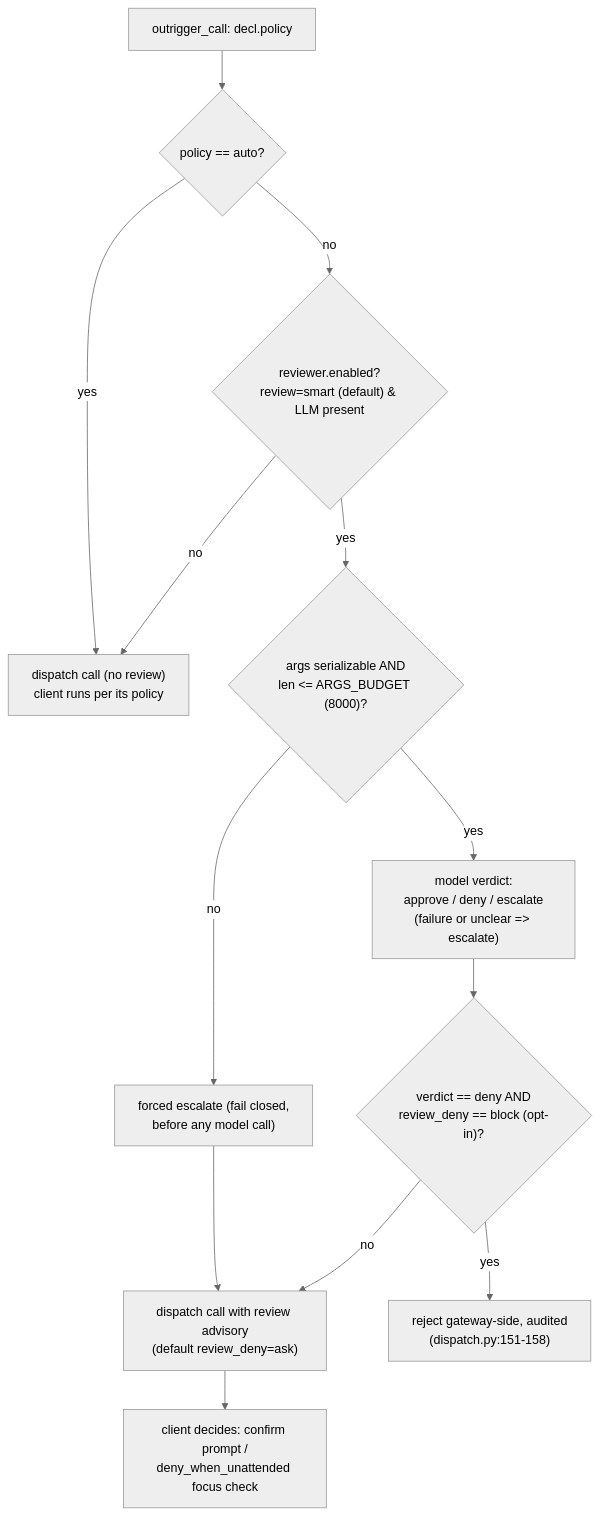
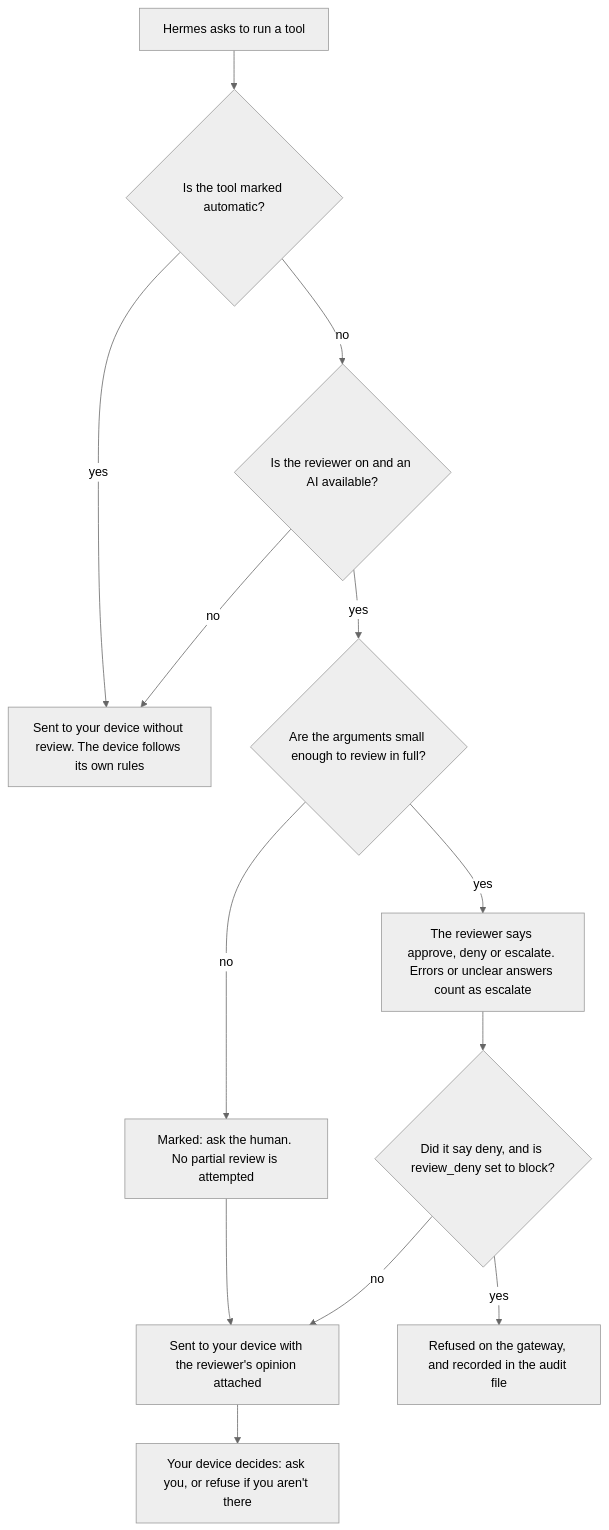
Before and after one commit to codepilots/hermes-outrigger: the fifth of 6 diagrams in AUDIT.md, drawn with Mermaid (neutral theme). The commit also changed other lines of this file, not shown here.

First line of the commit message:
docs: rewrite AUDIT.md as a plain-language security guide; re-resolve drifted anchors

````diff
--- a/AUDIT.md
+++ b/AUDIT.md
@@ -174,15 +356,15 @@
 ```mermaid
 flowchart TD
-  S["outrigger_call: decl.policy"] --> Auto{"policy == auto?"}
-  Auto -->|yes| Dispatch["dispatch call (no review)<br/>client runs per its policy"]
-  Auto -->|no| Enabled{"reviewer.enabled?<br/>review=smart (default) & LLM present"}
-  Enabled -->|no| Dispatch
-  Enabled -->|yes| Budget{"args serializable AND<br/>len <= ARGS_BUDGET (8000)?"}
-  Budget -->|no| Esc["forced escalate (fail closed,<br/>before any model call)"]
-  Budget -->|yes| Model["model verdict:<br/>approve / deny / escalate<br/>(failure or unclear => escalate)"]
+  S[Hermes asks to run a tool] --> Auto{Is the tool marked automatic?}
+  Auto -- yes --> Dispatch[Sent to your device without review. The device follows its own rules]
+  Auto -- no --> Enabled{Is the reviewer on and an AI available?}
+  Enabled -- no --> Dispatch
+  Enabled -- yes --> Budget{Are the arguments small enough to review in full?}
+  Budget -- no --> Esc[Marked: ask the human. No partial review is attempted]
+  Budget -- yes --> Model[The reviewer says approve, deny or escalate. Errors or unclear answers count as escalate]
   Esc --> Adv
-  Model --> Deny{"verdict == deny AND<br/>review_deny == block (opt-in)?"}
-  Deny -->|yes| Block["reject gateway-side, audited<br/>(dispatch.py:151-158)"]
-  Deny -->|no| Adv["dispatch call with review advisory<br/>(default review_deny=ask)"]
-  Adv --> Client["client decides: confirm prompt /<br/>deny_when_unattended focus check"]
+  Model --> Deny{Did it say deny, and is review_deny set to block?}
+  Deny -- yes --> Block[Refused on the gateway, and recorded in the audit file]
+  Deny -- no --> Adv[Sent to your device with the reviewer's opinion attached]
+  Adv --> Client[Your device decides: ask you, or refuse if you aren't there]
 ```
````
